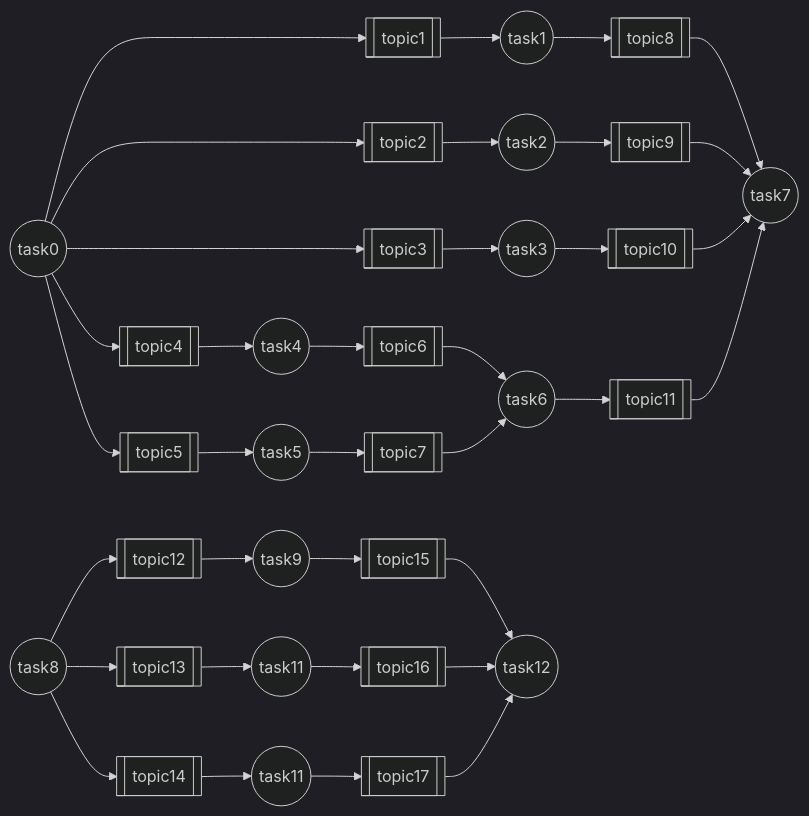
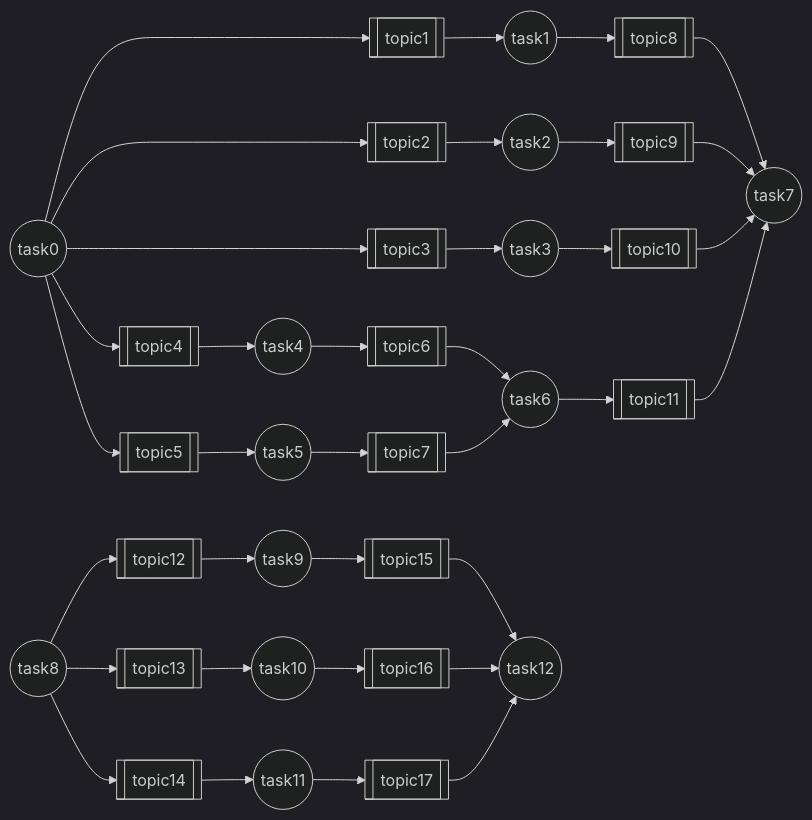
One commit to ruth561/DAG-BPF changed the diagram in app/dag-task-3/README.md. Above: the diagram before and after it, drawn with Mermaid (dark theme). The commit also changed other lines of this file and 2 other files, not shown here.

Commit message:
Revised app/dag-task-3/README.md

````diff
--- a/app/dag-task-3/README.md
+++ b/app/dag-task-3/README.md
@@ -3,48 +3,48 @@
 ```mermaid
 graph LR
 	task0((task0)) --> topic1[[topic1]]
 	task0((task0)) --> topic2[[topic2]]
 	task0((task0)) --> topic3[[topic3]]
 	task0((task0)) --> topic4[[topic4]]
 	task0((task0)) --> topic5[[topic5]]
 
 	topic1 --> task1((task1))
 	topic2 --> task2((task2))
 	topic3 --> task3((task3))
 	topic4 --> task4((task4))
 	topic5 --> task5((task5))
 
 	task1 --> topic8[[topic8]]
 	task2 --> topic9[[topic9]]
 	task3 --> topic10[[topic10]]
 	
 	topic8 --> task7((task7))
 	topic9 --> task7
 	topic10 --> task7
 
 	task4 --> topic6[[topic6]]
 	task5 --> topic7[[topic7]]
 
 	topic6 --> task6((task6))
 	topic7 --> task6
 
 	task6 --> topic11[[topic11]]
 
 	topic11 --> task7
 
 	task8((task8)) --> topic12[[topic12]]
 	task8          --> topic13[[topic13]]
 	task8          --> topic14[[topic14]]
 
 	topic12 --> task9((task9))
-	topic13 --> task10((task11))
+	topic13 --> task10((task10))
 	topic14 --> task11((task11))
 
 	task9   --> topic15[[topic15]]
 	task10  --> topic16[[topic16]]
 	task11  --> topic17[[topic17]]
 
 	topic15 --> task12((task12))
 	topic16 --> task12
 	topic17 --> task12
 ```
````
